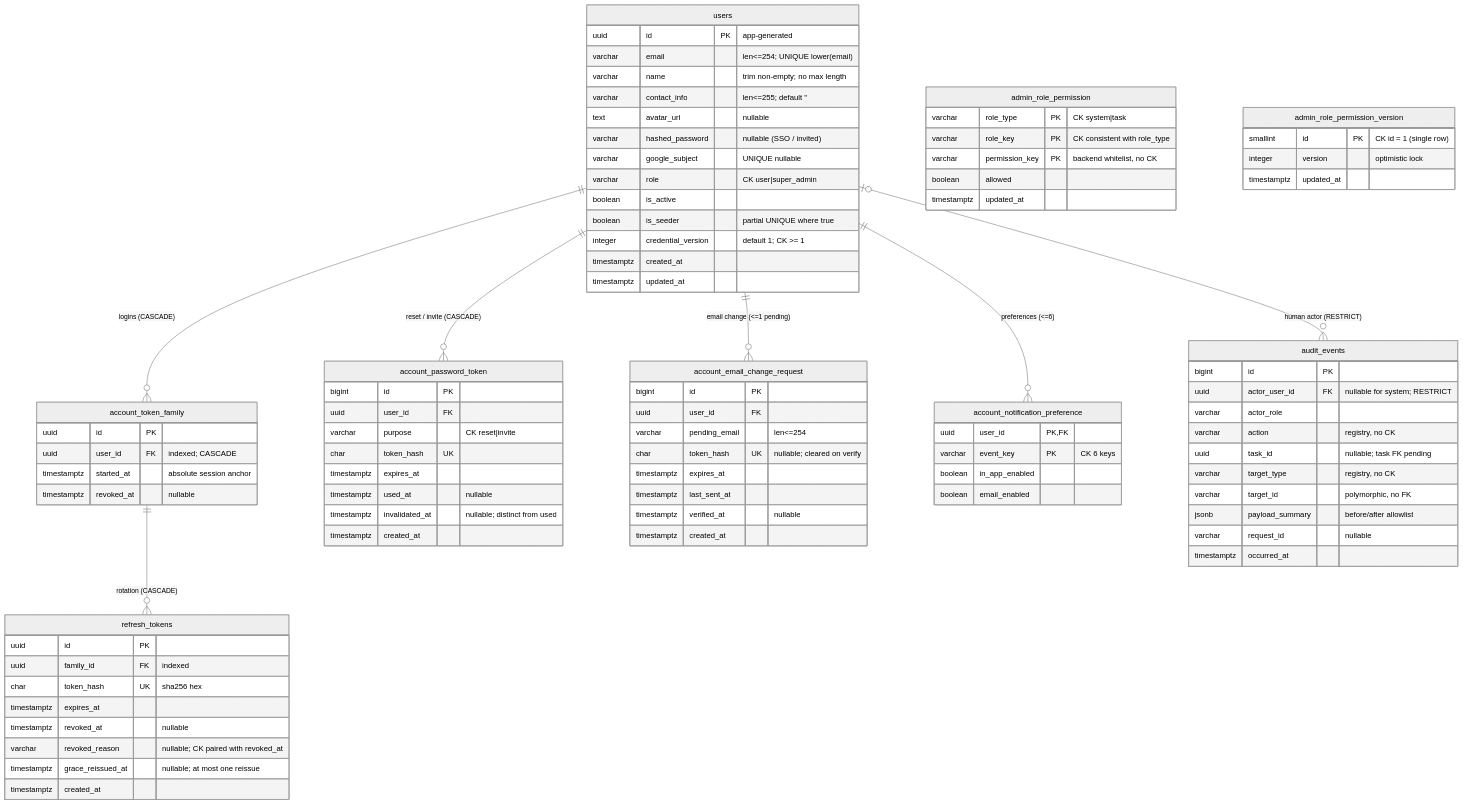
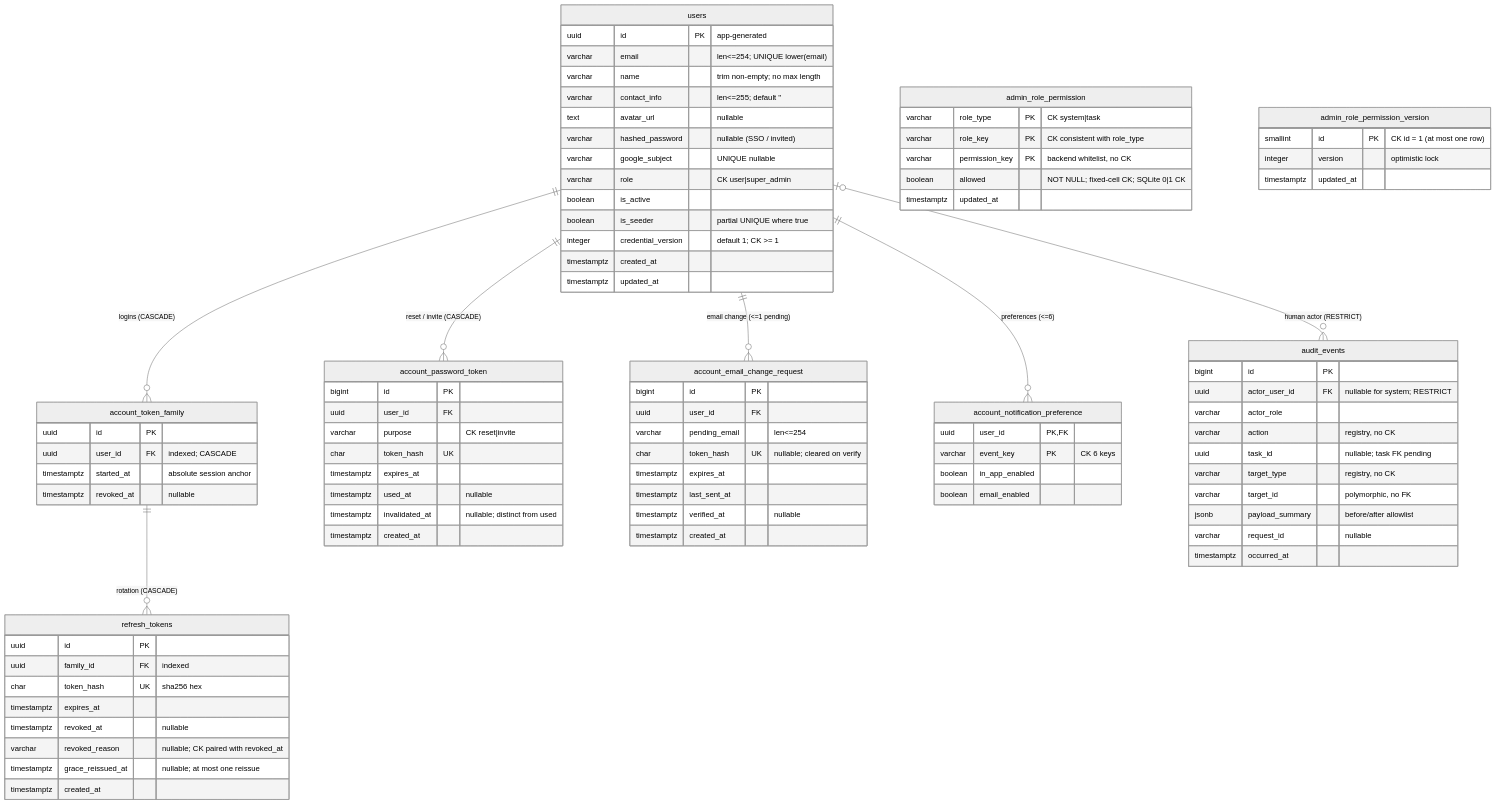
The diagram in docs/diagrams/architecture/account-admin-db-schema.md (singyichen/label-suite), drawn with Mermaid (neutral theme) before and after one commit. The commit also changed other lines of this file and 3 other files, not shown here.

First line of the commit message:
docs: project D9-D13 decisions into ER planning data

```diff
--- a/docs/diagrams/architecture/account-admin-db-schema.md
+++ b/docs/diagrams/architecture/account-admin-db-schema.md
@@ -110,11 +110,11 @@
         varchar role_type PK "CK system|task"
         varchar role_key PK "CK consistent with role_type"
         varchar permission_key PK "backend whitelist, no CK"
-        boolean allowed
+        boolean allowed "NOT NULL; fixed-cell CK; SQLite 0|1 CK"
         timestamptz updated_at
     }
     admin_role_permission_version {
-        smallint id PK "CK id = 1 (single row)"
+        smallint id PK "CK id = 1 (at most one row)"
         integer version "optimistic lock"
         timestamptz updated_at
     }
```
